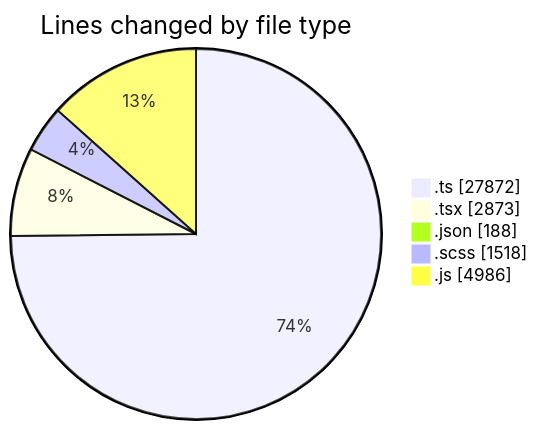
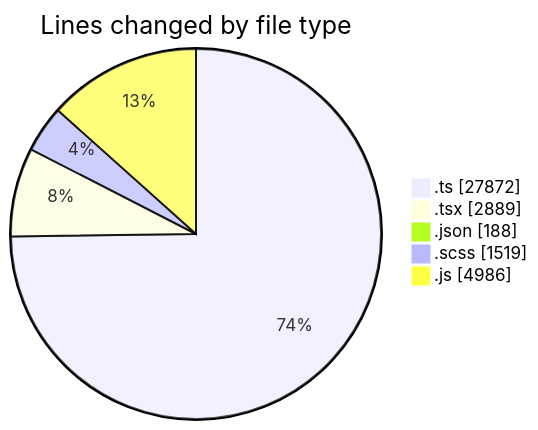
The first of 2 diagrams in 2026-05-07/cda/README.md (momahboobian/code-tracking), drawn with Mermaid before and after one commit. The commit also changed other lines of this file and 1 other file, not shown here.

````diff
--- a/2026-05-07/cda/README.md
+++ b/2026-05-07/cda/README.md
@@ -53,9 +53,9 @@
 ```mermaid
 pie showData
 title Lines changed by file type
 ".ts" : 27872
-".tsx" : 2873
+".tsx" : 2889
 ".json" : 188
-".scss" : 1518
+".scss" : 1519
 ".js" : 4986
 ```
````
